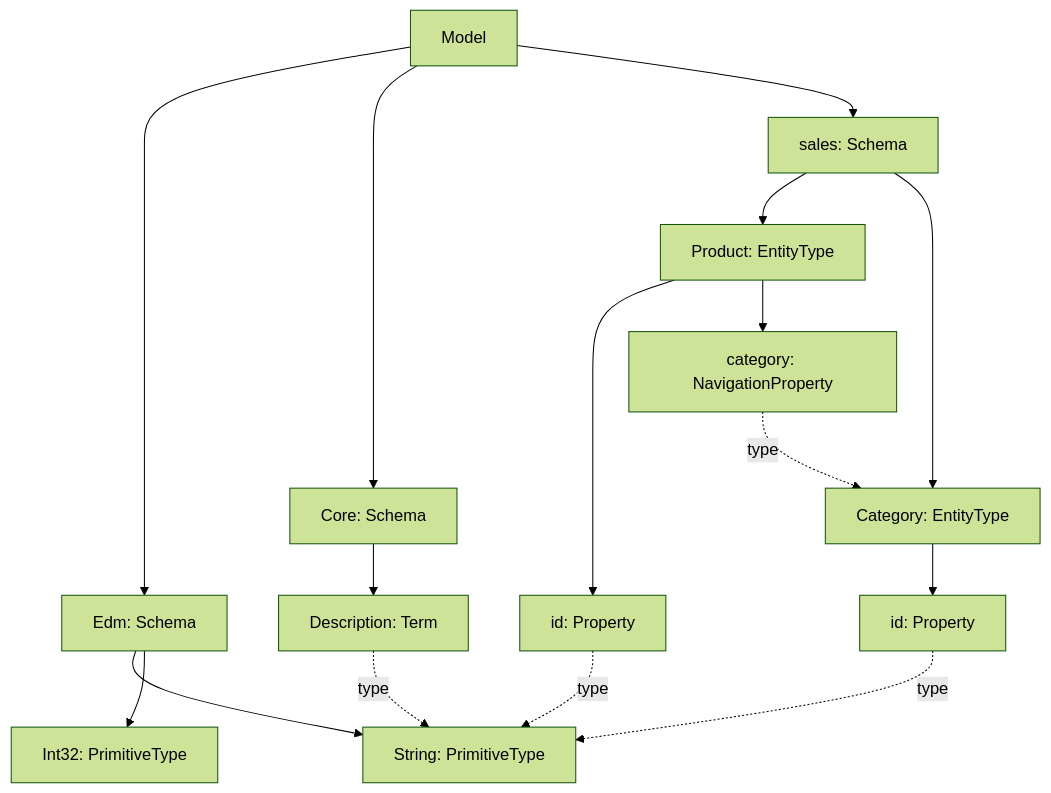
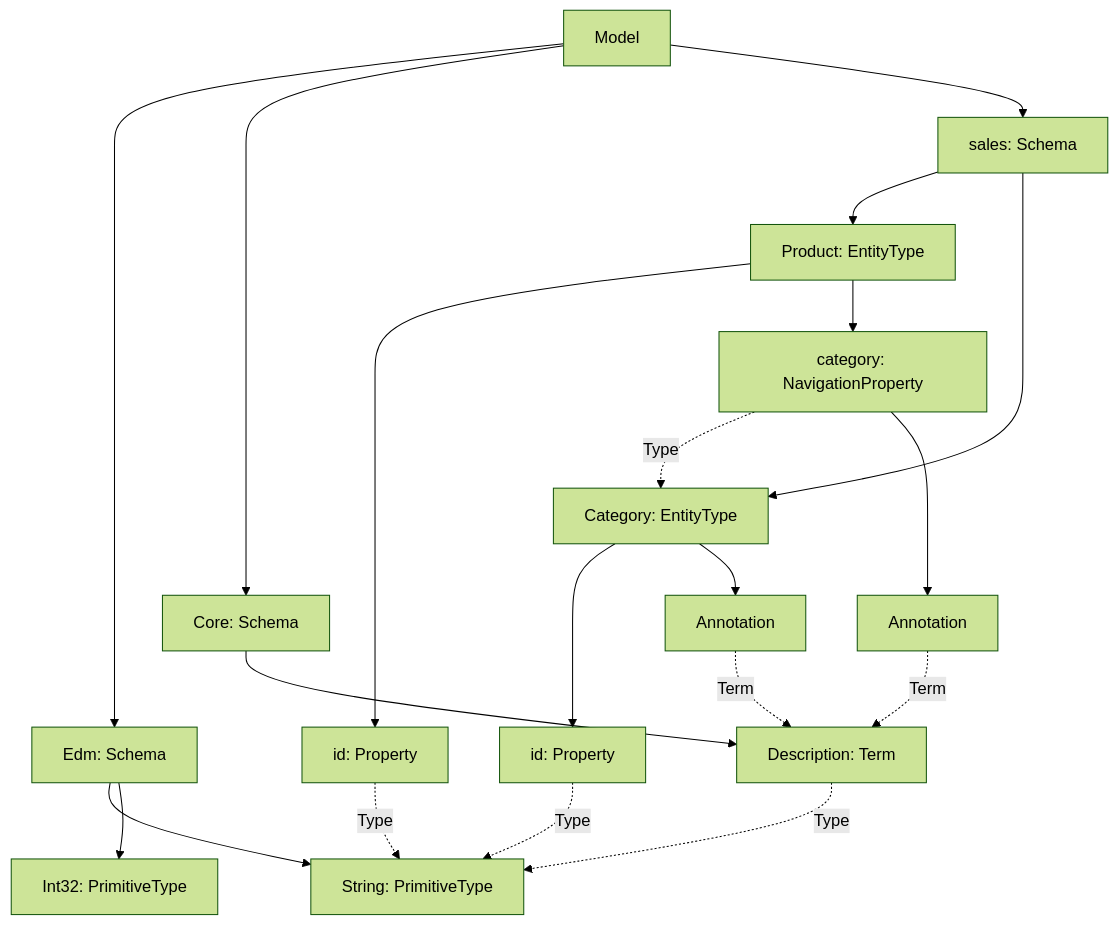
Before and after one commit to xtofs/csdl-graph: the diagram in graf/example1.md, drawn with Mermaid (forest theme). The commit also changed 8 other files, not shown here.

````diff
--- a/graf/example1.md
+++ b/graf/example1.md
@@ -1,30 +1,36 @@
 ```mermaid
 graph
 0[Model]
 1[Edm: Schema]
 2[Core: Schema]
 3[sales: Schema]
 4[String: PrimitiveType]
 5[Int32: PrimitiveType]
 6[Description: Term]
 7[Product: EntityType]
 8[Category: EntityType]
 9[id: Property]
 10[category: NavigationProperty]
 11[id: Property]
+12[Annotation]
+13[Annotation]
 0-->1
 0-->2
 0-->3
 1-->4
 1-->5
 2-->6
 3-->7
 3-->8
-6-.type.->4
+6-.Type.->4
 7-->9
 7-->10
 8-->11
-9-.type.->4
-10-.type.->8
-11-.type.->4
+8-->12
+9-.Type.->4
+10-.Type.->8
+10-->13
+11-.Type.->4
+12-.Term.->6
+13-.Term.->6
 ```
````
